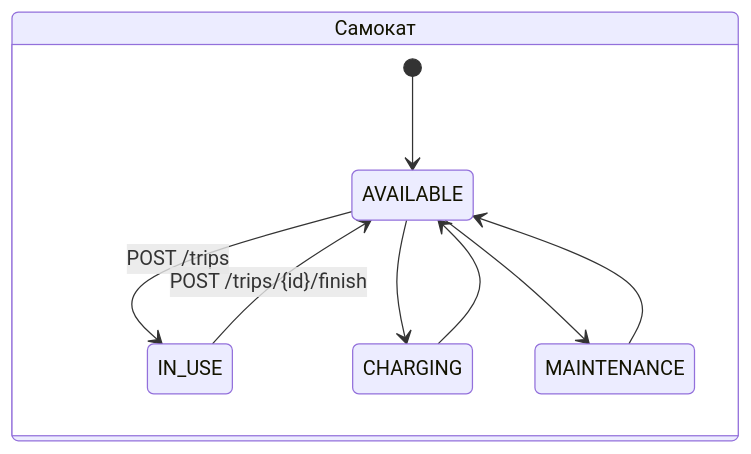
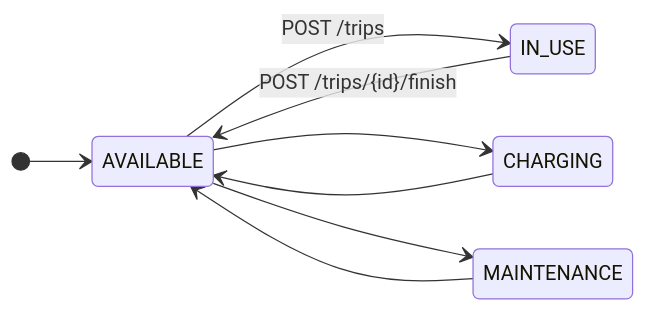
The second of 2 diagrams in docs/tech.md (anya-gor/ISDST-lab), drawn with Mermaid before and after one commit. The commit also changed other lines of this file and 2 other files, not shown here.

````diff
--- a/docs/tech.md
+++ b/docs/tech.md
@@ -48,13 +46,11 @@
 ```mermaid
 stateDiagram-v2
     direction LR
-    state "Самокат" as S {
-        [*] --> AVAILABLE
-        AVAILABLE --> IN_USE: POST /trips
-        IN_USE --> AVAILABLE: POST /trips/{id}/finish
-        AVAILABLE --> CHARGING
-        CHARGING --> AVAILABLE
-        AVAILABLE --> MAINTENANCE
-        MAINTENANCE --> AVAILABLE
-    }
+    [*] --> AVAILABLE
+    AVAILABLE --> IN_USE: POST /trips
+    IN_USE --> AVAILABLE: POST /trips/{id}/finish
+    AVAILABLE --> CHARGING
+    CHARGING --> AVAILABLE
+    AVAILABLE --> MAINTENANCE
+    MAINTENANCE --> AVAILABLE
 ```
````
